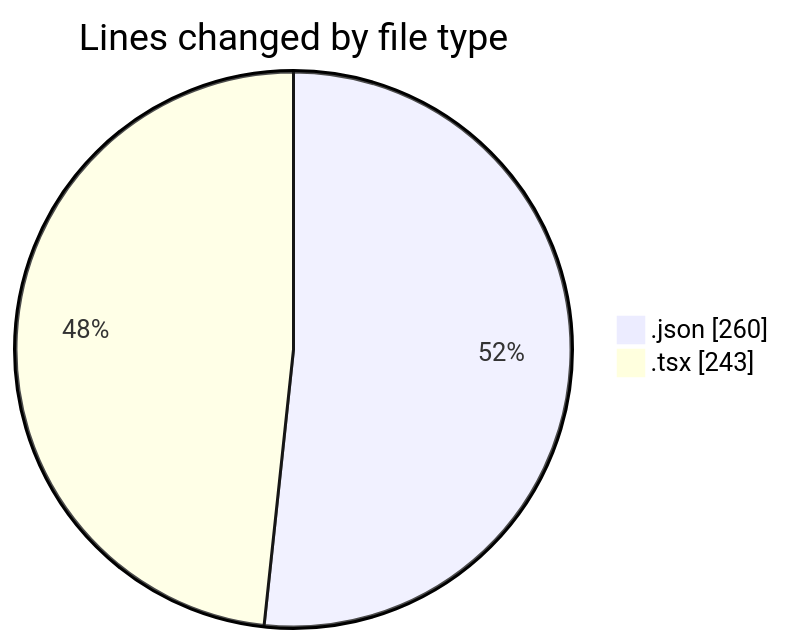
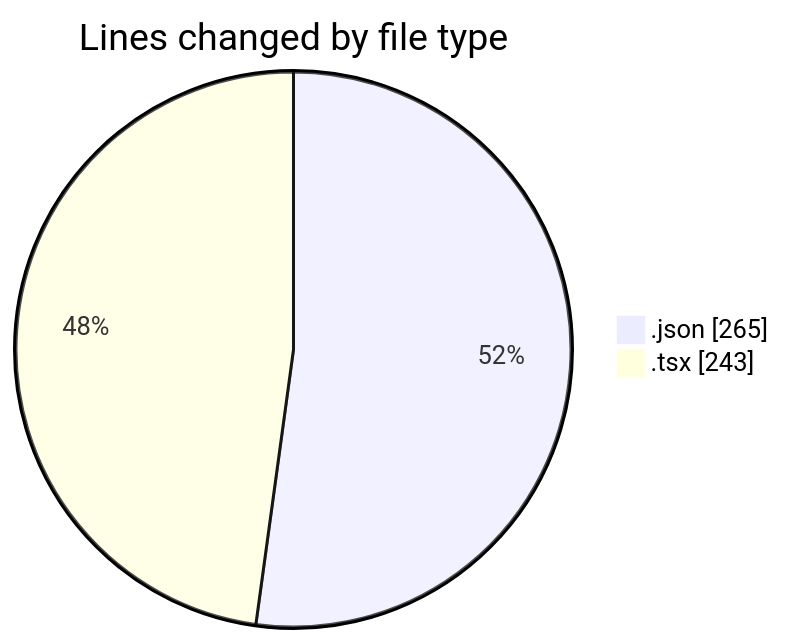
Before and after one commit to momahboobian/code-tracking: the first of 2 diagrams in 2026-04-22/cda/README.md, drawn with Mermaid. The commit also changed other lines of this file and 1 other file, not shown here.

````diff
--- a/2026-04-22/cda/README.md
+++ b/2026-04-22/cda/README.md
@@ -24,6 +24,6 @@
 ```mermaid
 pie showData
 title Lines changed by file type
-".json" : 260
+".json" : 265
 ".tsx" : 243
 ```
````
